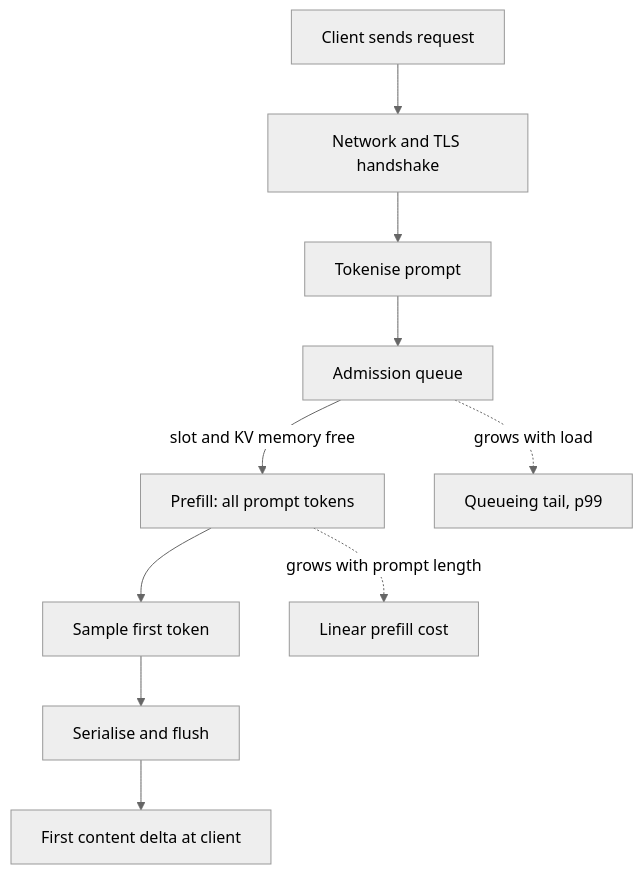
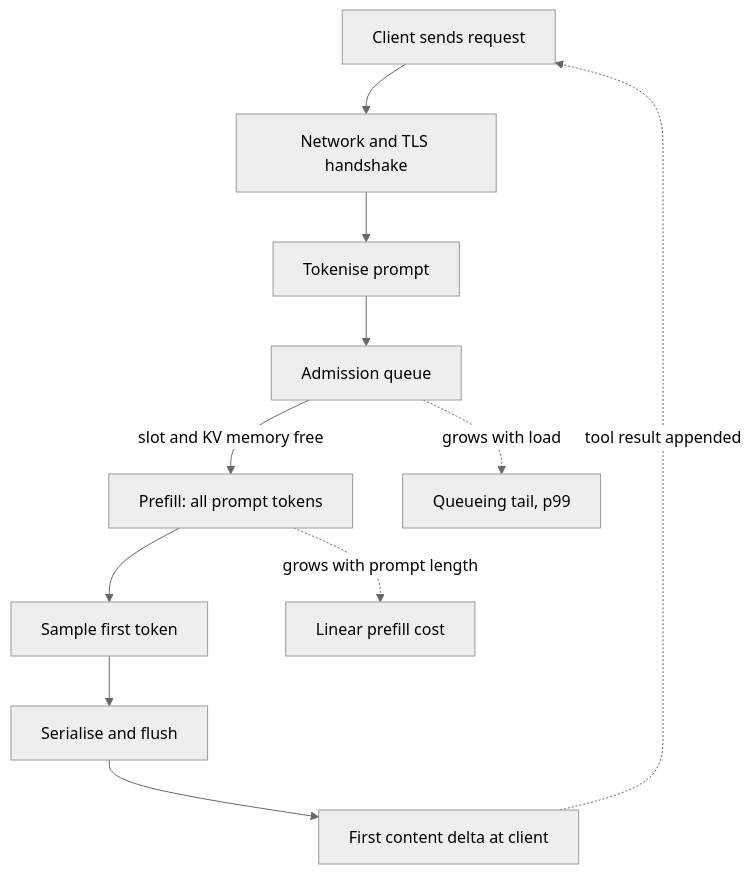
One commit to lovishmahajan97/agentic-learning changed the diagram in content/serving-inference/ttft.md. Above: the diagram before and after it, drawn with Mermaid (neutral theme). The commit also changed other lines of this file and 266 other files, not shown here.

````diff
--- a/content/serving-inference/ttft.md
+++ b/content/serving-inference/ttft.md
@@ -114,12 +138,13 @@
 ```mermaid
 flowchart TD
     A["Client sends request"] --> B["Network and TLS handshake"]
     B --> D["Tokenise prompt"]
     D --> C["Admission queue"]
     C -->|"slot and KV memory free"| E["Prefill: all prompt tokens"]
     E --> F["Sample first token"]
     F --> G["Serialise and flush"]
     G --> H["First content delta at client"]
     C -.->|"grows with load"| Q["Queueing tail, p99"]
     E -.->|"grows with prompt length"| R["Linear prefill cost"]
+    H -.->|"tool result appended"| A
 ```
````
